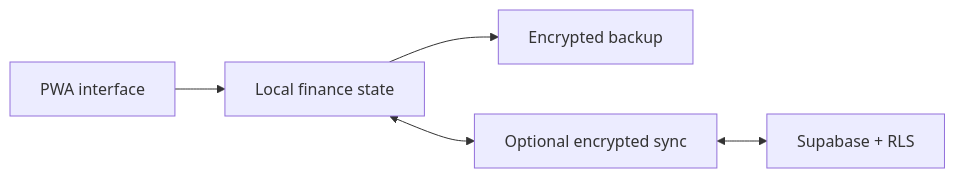
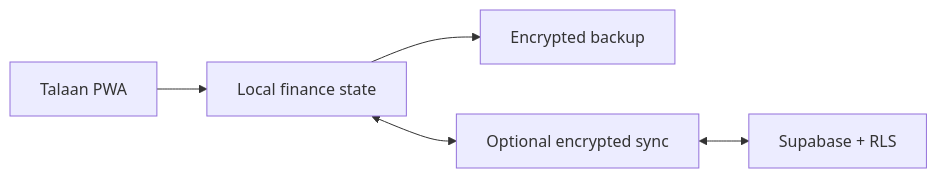
Before and after one commit to nyxdcz/my-finance-record: the diagram in README.md, drawn with Mermaid. The commit also changed other lines of this file, not shown here.

Commit message:
docs: rename current product to Talaan

````diff
--- a/README.md
+++ b/README.md
@@ -52,7 +52,7 @@
 ```mermaid
 flowchart LR
-    UI["PWA interface"] --> Local["Local finance state"]
+    UI["Talaan PWA"] --> Local["Local finance state"]
     Local --> Backup["Encrypted backup"]
     Local <--> Sync["Optional encrypted sync"]
     Sync <--> Cloud["Supabase + RLS"]
 ```
````
